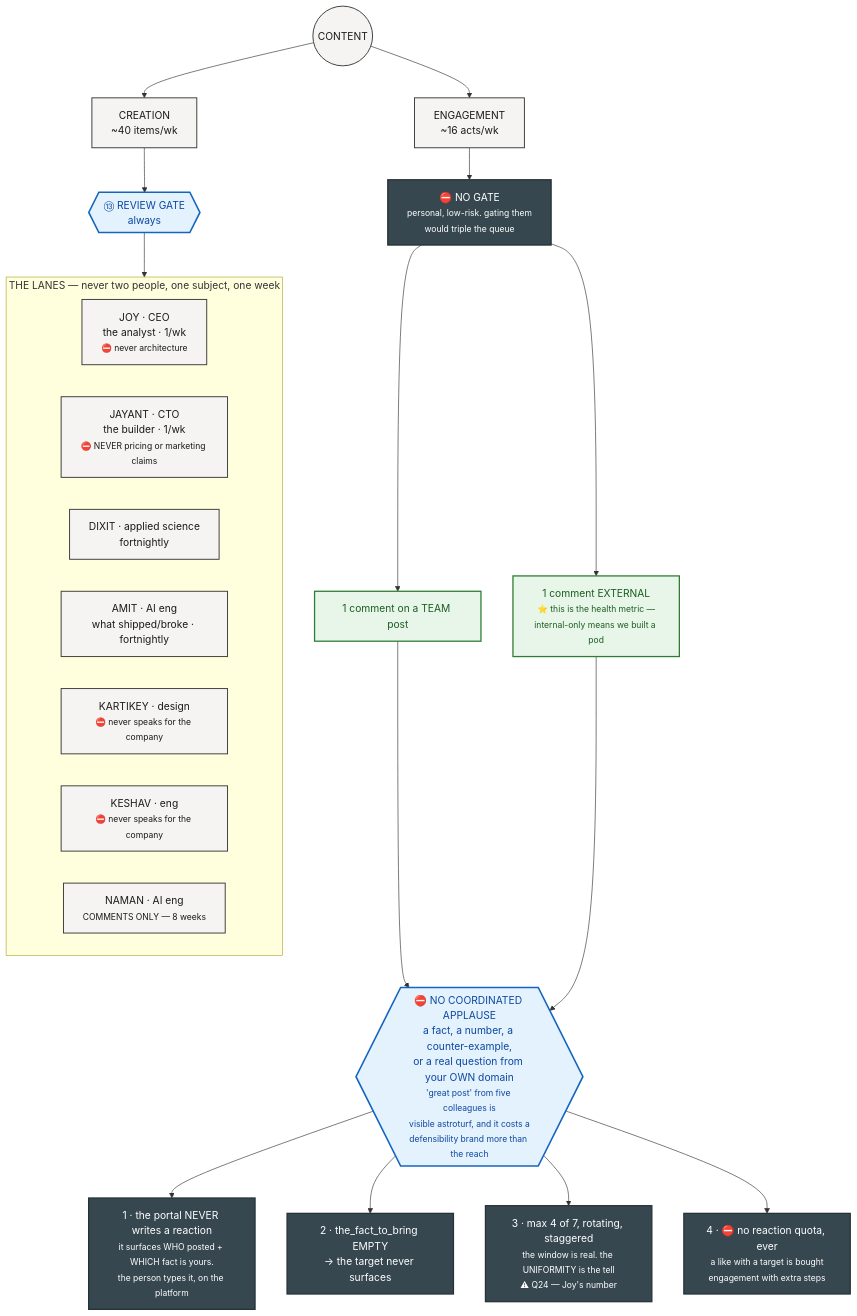
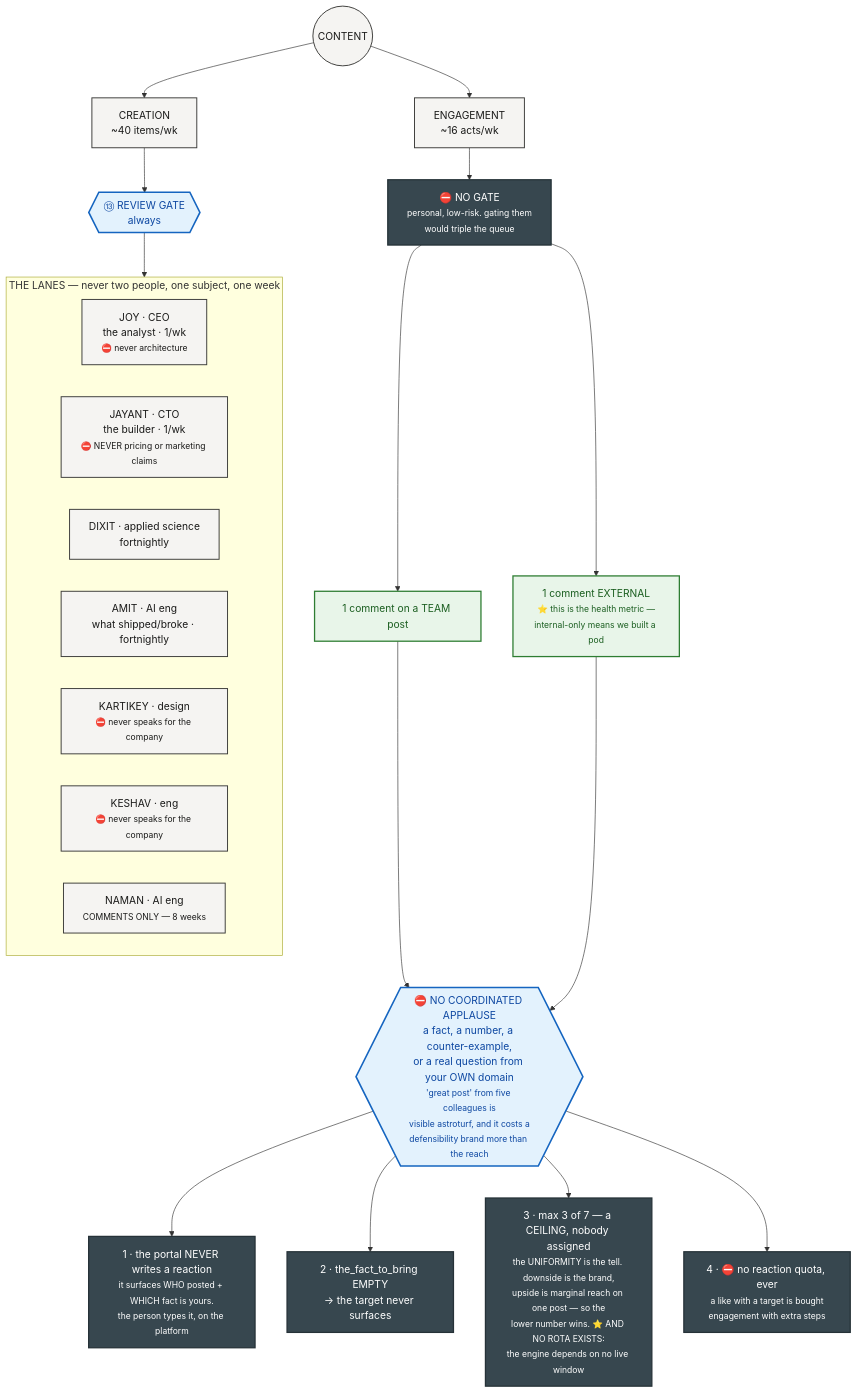
Diagram 17 of 21 in docs/gtm/content-engine-flowchart.md (rathishreya/Caspr), drawn with Mermaid before and after one commit. The commit also changed other lines of this file and 2 other files, not shown here.

````diff
--- a/docs/gtm/content-engine-flowchart.md
+++ b/docs/gtm/content-engine-flowchart.md
@@ -889,43 +890,43 @@
 ```mermaid
 flowchart TD
     ENG(("CONTENT"))
     ENG --> CR["CREATION<br/>~40 items/wk"]
     ENG --> EG["ENGAGEMENT<br/>~16 acts/wk"]
 
     CR --> GATE{{"⑬ REVIEW GATE<br/>always"}}
     EG --> NOGATE["⛔ NO GATE<br/><small>personal, low-risk. gating them<br/>would triple the queue</small>"]
 
     GATE --> LANES
 
     subgraph LANES["THE LANES — never two people, one subject, one week"]
         J["JOY · CEO<br/>the analyst · 1/wk<br/><small>⛔ never architecture</small>"]
         JY["JAYANT · CTO<br/>the builder · 1/wk<br/><small>⛔ NEVER pricing or marketing claims</small>"]
         DX["DIXIT · applied science<br/>fortnightly"]
         AM["AMIT · AI eng<br/>what shipped/broke · fortnightly"]
         KT["KARTIKEY · design<br/><small>⛔ never speaks for the company</small>"]
         KS["KESHAV · eng<br/><small>⛔ never speaks for the company</small>"]
         NM["NAMAN · AI eng<br/><small>COMMENTS ONLY — 8 weeks</small>"]
     end
 
     NOGATE --> C1["1 comment on a TEAM post"]
     NOGATE --> C2["1 comment EXTERNAL<br/><small>⭐ this is the health metric —<br/>internal-only means we built a pod</small>"]
 
     C1 --> RULE
     C2 --> RULE
 
     RULE{{"⛔ NO COORDINATED APPLAUSE<br/>a fact, a number, a counter-example,<br/>or a real question from your OWN domain<br/><small>'great post' from five colleagues is<br/>visible astroturf, and it costs a<br/>defensibility brand more than the reach</small>"}}
 
     RULE --> G1["1 · the portal NEVER writes a reaction<br/><small>it surfaces WHO posted + WHICH fact is yours.<br/>the person types it, on the platform</small>"]
     RULE --> G2["2 · the_fact_to_bring EMPTY<br/>→ the target never surfaces"]
-    RULE --> G3["3 · max 4 of 7, rotating, staggered<br/><small>the window is real. the UNIFORMITY is the tell<br/>⚠ Q24 — Joy's number</small>"]
+    RULE --> G3["3 · max 3 of 7 — a CEILING, nobody assigned<br/><small>the UNIFORMITY is the tell. downside is the brand,<br/>upside is marginal reach on one post — so the<br/>lower number wins. ⭐ AND NO ROTA EXISTS:<br/>the engine depends on no live window</small>"]
     RULE --> G4["4 · ⛔ no reaction quota, ever<br/><small>a like with a target is bought<br/>engagement with extra steps</small>"]
 
     classDef mach fill:#f5f4f2,stroke:#3c3c3a,stroke-width:1.5px,color:#1a1a19
     classDef hum fill:#e3f2fd,stroke:#1565c0,stroke-width:2.5px,color:#0d47a1
     classDef stop fill:#37474f,stroke:#263238,stroke-width:2px,color:#ffffff
     classDef good fill:#e8f5e9,stroke:#2e7d32,stroke-width:2px,color:#1b5e20
     class ENG,CR,EG,J,JY,DX,AM,KT,KS,NM mach
     class GATE,RULE hum
     class NOGATE,G1,G2,G3,G4 stop
     class C1,C2 good
 ```
````
